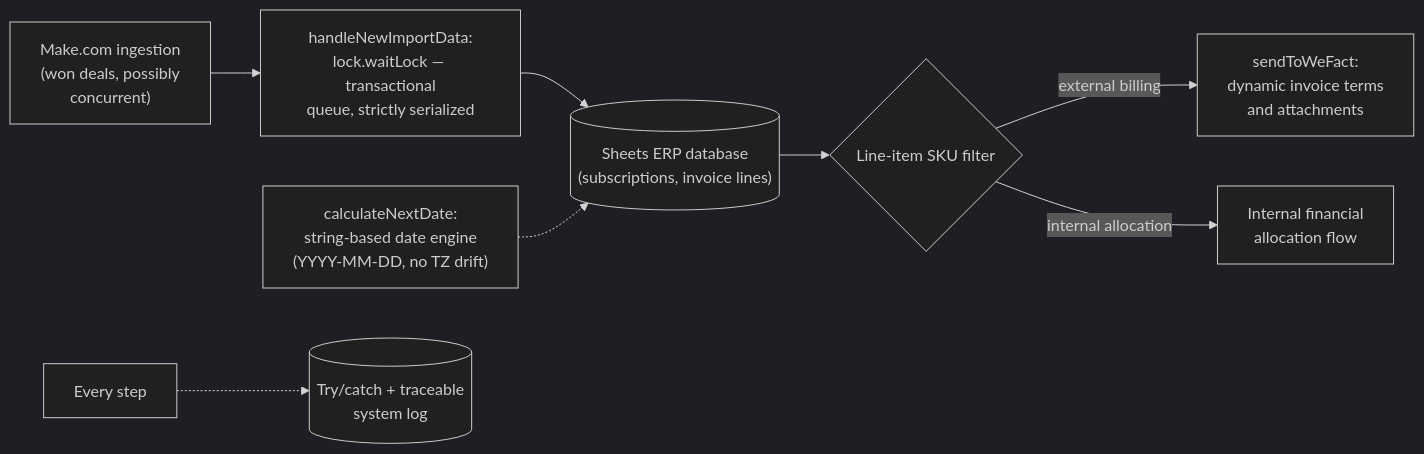
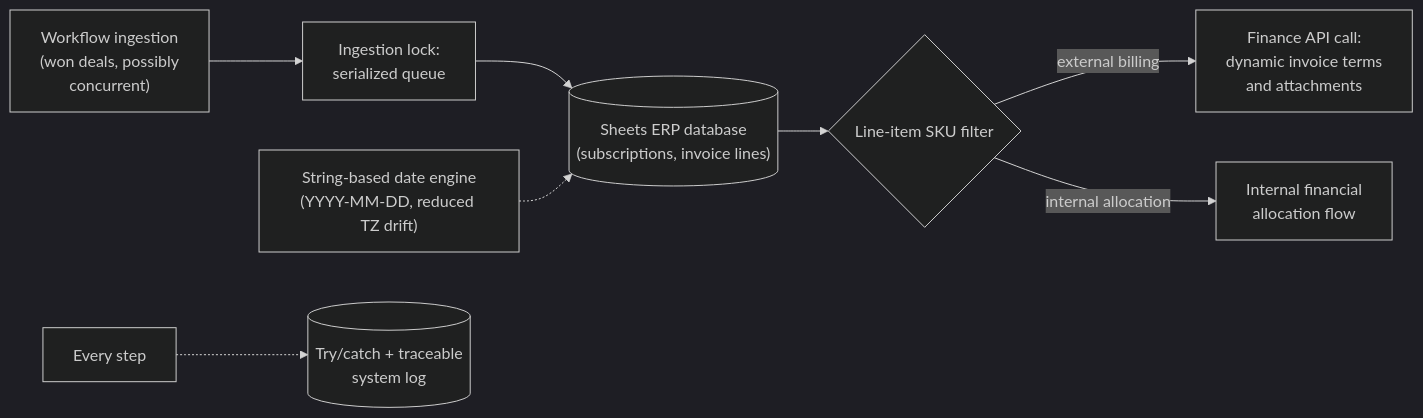
Before and after one commit to MatthiasBusscher/automation-portfolio: the diagram in case-studies/18-financial-erp-refactor.md, drawn with Mermaid (dark theme). The commit also changed other lines of this file and 16 other files, not shown here.

````diff
--- a/case-studies/18-financial-erp-refactor.md
+++ b/case-studies/18-financial-erp-refactor.md
@@ -13,10 +13,10 @@
 ```mermaid
 flowchart LR
-    MAKE["Make.com ingestion<br/>(won deals, possibly<br/>concurrent)"] --> LOCK["handleNewImportData:<br/>lock.waitLock — transactional<br/>queue, strictly serialized"]
+    MAKE["Workflow ingestion<br/>(won deals, possibly<br/>concurrent)"] --> LOCK["Ingestion lock:<br/>serialized queue"]
     LOCK --> WRITE[("Sheets ERP database<br/>(subscriptions, invoice lines)")]
     WRITE --> SPLIT{"Line-item SKU filter"}
-    SPLIT -- "external billing" --> WF["sendToWeFact:<br/>dynamic invoice terms<br/>and attachments"]
+    SPLIT -- "external billing" --> WF["Finance API call:<br/>dynamic invoice terms<br/>and attachments"]
     SPLIT -- "internal allocation" --> INT["Internal financial<br/>allocation flow"]
-    DATES["calculateNextDate:<br/>string-based date engine<br/>(YYYY-MM-DD, no TZ drift)"] -.-> WRITE
+    DATES["String-based date engine<br/>(YYYY-MM-DD, reduced TZ drift)"] -.-> WRITE
     ALL["Every step"] -.-> LOG[("Try/catch + traceable<br/>system log")]
 ```
````
